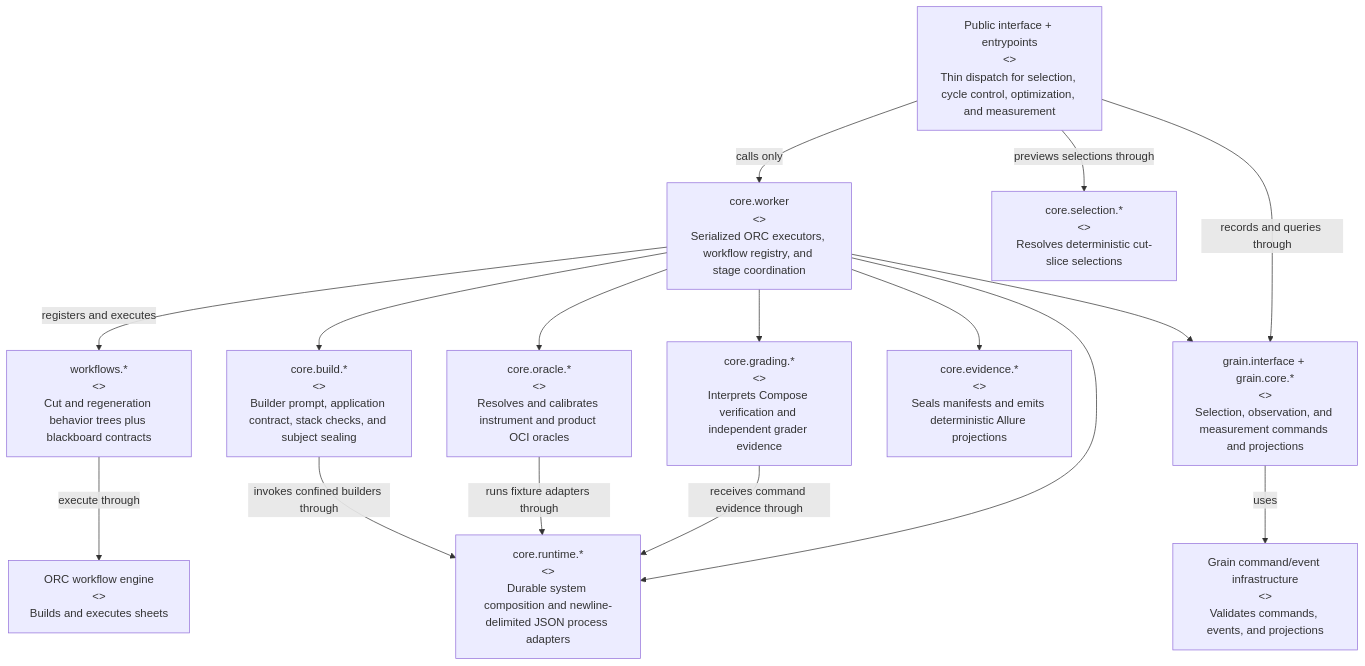
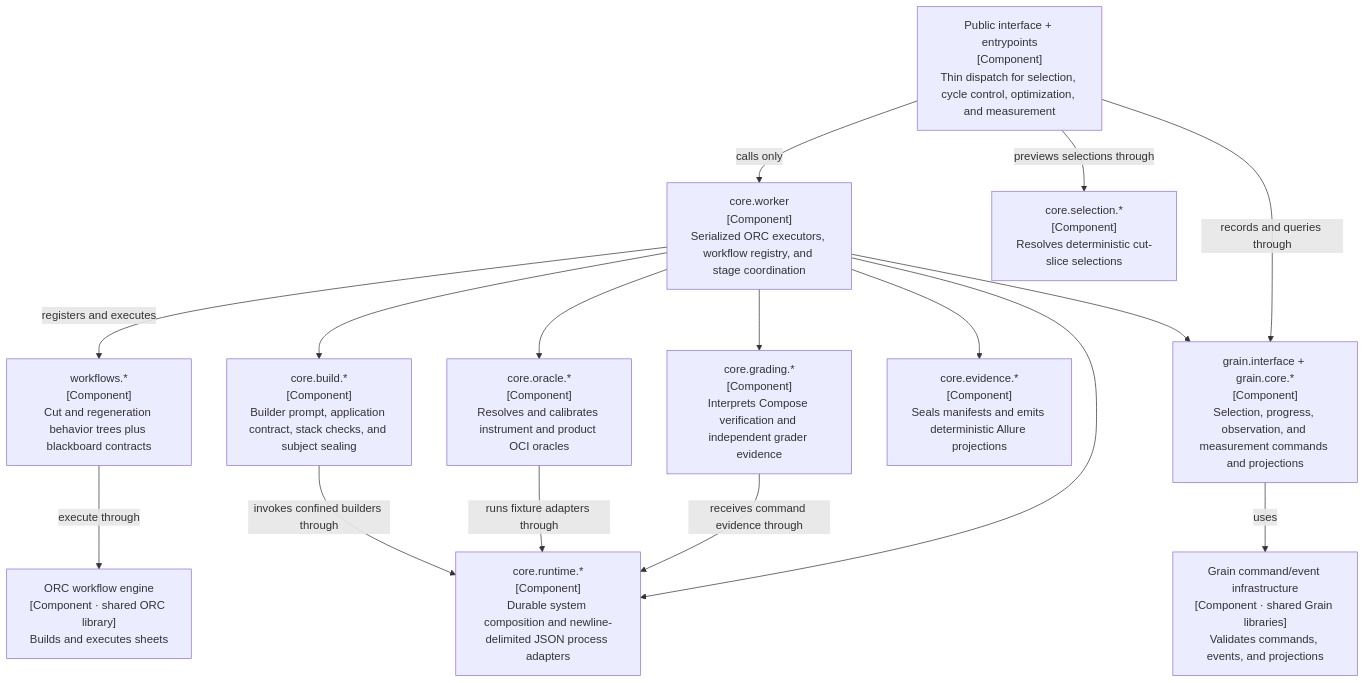
One commit to scope-impact/loyly changed the fourth of 8 diagrams in .pi/architecture.md. Above: the diagram before and after it, drawn with Mermaid. The commit also changed other lines of this file and 1 other file, not shown here.

Commit message:
docs(pi-harness): regenerate C4 architecture views

````diff
--- a/.pi/architecture.md
+++ b/.pi/architecture.md
@@ -177,31 +198,31 @@
 ```mermaid
 flowchart TB
-    rpc["Public interface + entrypoints<br/><<Component>><br/>Thin dispatch for selection, cycle control, optimization, and measurement"]
-    worker["core.worker<br/><<Component>><br/>Serialized ORC executors, workflow registry, and stage coordination"]
-    workflows["workflows.*<br/><<Component>><br/>Cut and regeneration behavior trees plus blackboard contracts"]
-    build["core.build.*<br/><<Component>><br/>Builder prompt, application contract, stack checks, and subject sealing"]
-    selection["core.selection.*<br/><<Component>><br/>Resolves deterministic cut-slice selections"]
-    oracle["core.oracle.*<br/><<Component>><br/>Resolves and calibrates instrument and product OCI oracles"]
-    grading["core.grading.*<br/><<Component>><br/>Interprets Compose verification and independent grader evidence"]
-    evidence["core.evidence.*<br/><<Component>><br/>Seals manifests and emits deterministic Allure projections"]
-    runtime["core.runtime.*<br/><<Component>><br/>Durable system composition and newline-delimited JSON process adapters"]
-    grainmodel["grain.interface + grain.core.*<br/><<Component>><br/>Selection, observation, and measurement commands and projections"]
-    orc["ORC workflow engine<br/><<Component: shared ORC library>><br/>Builds and executes sheets"]
-    grain["Grain command/event infrastructure<br/><<Component: shared Grain libraries>><br/>Validates commands, events, and projections"]
+    rpc["Public interface + entrypoints<br/>[Component]<br/>Thin dispatch for selection, cycle control, optimization, and measurement"]
+    worker["core.worker<br/>[Component]<br/>Serialized ORC executors, workflow registry, and stage coordination"]
+    workflows["workflows.*<br/>[Component]<br/>Cut and regeneration behavior trees plus blackboard contracts"]
+    build["core.build.*<br/>[Component]<br/>Builder prompt, application contract, stack checks, and subject sealing"]
+    selection["core.selection.*<br/>[Component]<br/>Resolves deterministic cut-slice selections"]
+    oracle["core.oracle.*<br/>[Component]<br/>Resolves and calibrates instrument and product OCI oracles"]
+    grading["core.grading.*<br/>[Component]<br/>Interprets Compose verification and independent grader evidence"]
+    evidence["core.evidence.*<br/>[Component]<br/>Seals manifests and emits deterministic Allure projections"]
+    runtime["core.runtime.*<br/>[Component]<br/>Durable system composition and newline-delimited JSON process adapters"]
+    grainmodel["grain.interface + grain.core.*<br/>[Component]<br/>Selection, progress, observation, and measurement commands and projections"]
+    orc["ORC workflow engine<br/>[Component · shared ORC library]<br/>Builds and executes sheets"]
+    grain["Grain command/event infrastructure<br/>[Component · shared Grain libraries]<br/>Validates commands, events, and projections"]
 
     rpc -->|"calls only"| worker
     rpc -->|"previews selections through"| selection
     rpc -->|"records and queries through"| grainmodel
     worker -->|"registers and executes"| workflows
     worker --> build
     worker --> oracle
     worker --> grading
     worker --> evidence
     worker --> runtime
     worker --> grainmodel
     workflows -->|"execute through"| orc
     build -->|"invokes confined builders through"| runtime
     oracle -->|"runs fixture adapters through"| runtime
     grading -->|"receives command evidence through"| runtime
     grainmodel -->|"uses"| grain
 ```
````
